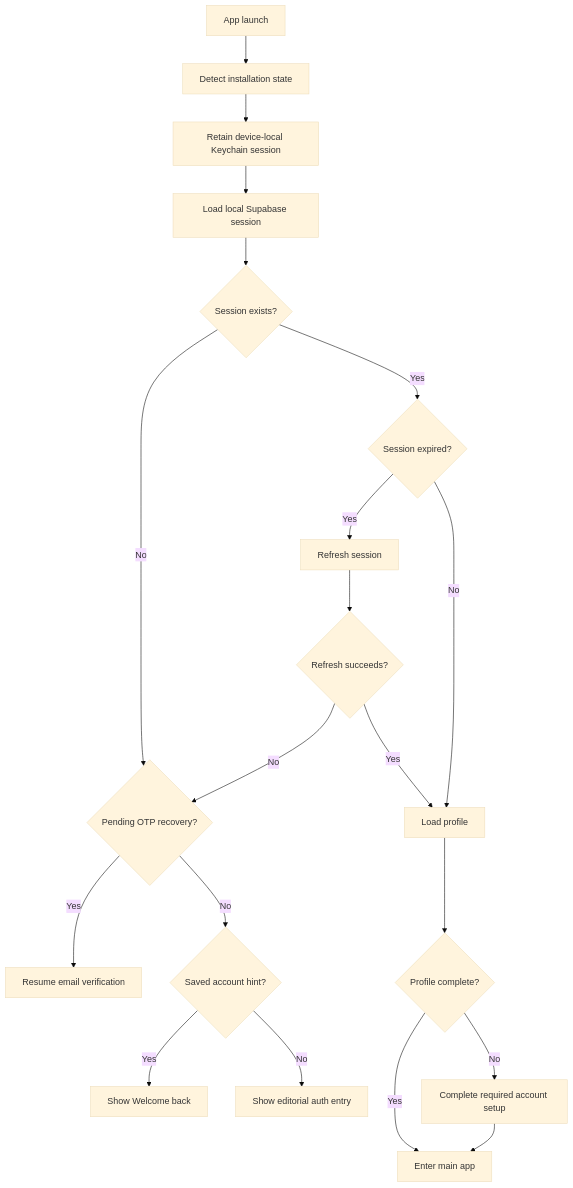
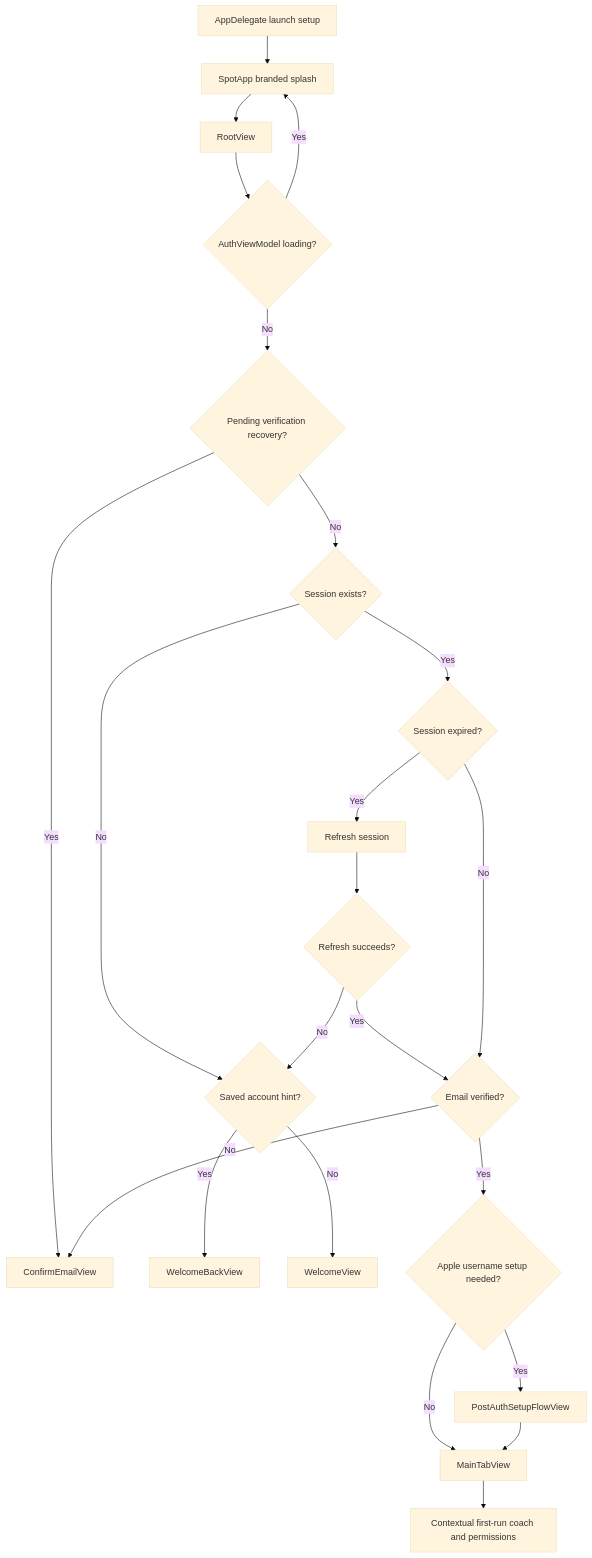
Before and after one commit to Ewynman/spot: the first of 2 diagrams in docs/diagrams/app-launch-auth-flow.md, drawn with Mermaid (base theme). The commit also changed other lines of this file and 41 other files, not shown here.

Commit message:
Refresh documentation for current app flows

````diff
--- a/docs/diagrams/app-launch-auth-flow.md
+++ b/docs/diagrams/app-launch-auth-flow.md
@@ -17,22 +17,25 @@
 ```mermaid
 flowchart TD
-  A[App launch] --> B[Detect installation state]
-  B --> C[Retain device-local Keychain session]
-  C --> D[Load local Supabase session]
-  D --> E{Session exists?}
-  E -->|No| F{Pending OTP recovery?}
-  F -->|Yes| G[Resume email verification]
-  F -->|No| H{Saved account hint?}
-  H -->|Yes| I[Show Welcome back]
-  H -->|No| J[Show editorial auth entry]
-  E -->|Yes| K{Session expired?}
+  A[AppDelegate launch setup] --> B[SpotApp branded splash]
+  B --> C[RootView]
+  C --> D{AuthViewModel loading?}
+  D -->|Yes| B
+  D -->|No| E{Pending verification recovery?}
+  E -->|Yes| F[ConfirmEmailView]
+  E -->|No| G{Session exists?}
+  G -->|No| H{Saved account hint?}
+  H -->|Yes| I[WelcomeBackView]
+  H -->|No| J[WelcomeView]
+  G -->|Yes| K{Session expired?}
   K -->|Yes| L[Refresh session]
   L --> M{Refresh succeeds?}
-  M -->|No| F
-  M -->|Yes| N[Load profile]
+  M -->|No| H
+  M -->|Yes| N{Email verified?}
   K -->|No| N
-  N --> O{Profile complete?}
-  O -->|No| P[Complete required account setup]
-  O -->|Yes| Q[Enter main app]
+  N -->|No| F
+  N -->|Yes| O{Apple username setup needed?}
+  O -->|Yes| P[PostAuthSetupFlowView]
+  O -->|No| Q[MainTabView]
   P --> Q
+  Q --> R[Contextual first-run coach and permissions]
 ```
````
